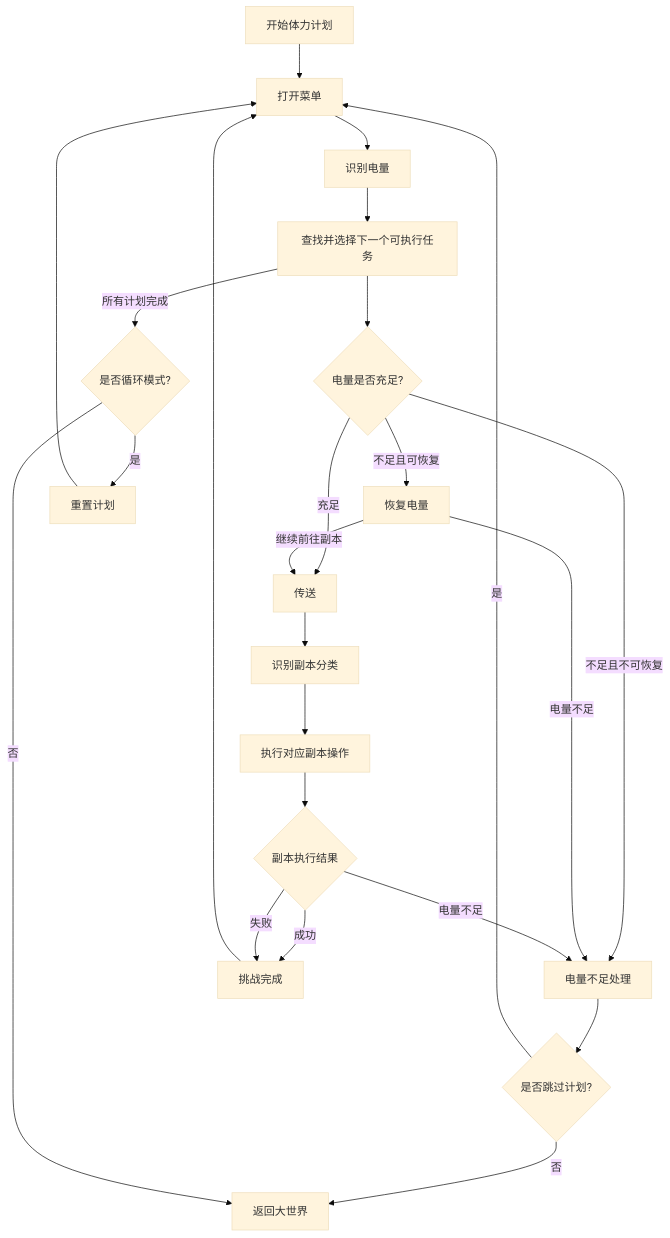
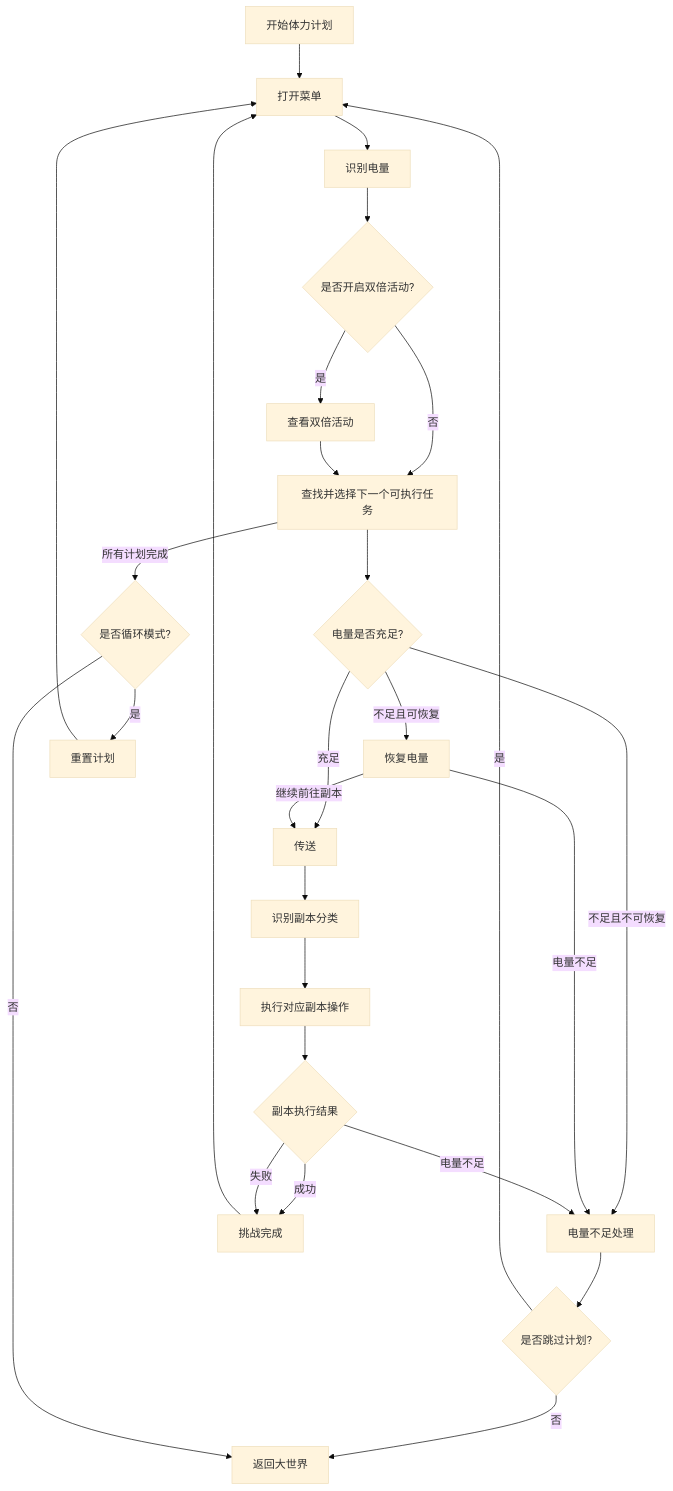
One commit to OneDragon-Anything/ZenlessZoneZero-OneDragon changed the diagram in docs/develop/zzz/application/charge_plan.md. Above: the diagram before and after it, drawn with Mermaid (base theme). The commit also changed other lines of this file, not shown here.

````diff
--- a/docs/develop/zzz/application/charge_plan.md
+++ b/docs/develop/zzz/application/charge_plan.md
@@ -181,25 +189,28 @@
 ```mermaid
 graph TD
     A["开始体力计划"] --> B["打开菜单"]
     B --> C["识别电量"]
-    C --> D["查找并选择下一个可执行任务"]
+    C --> C1{"是否开启双倍活动?"}
+    C1 -->|是| C2["查看双倍活动"]
+    C1 -->|否| D["查找并选择下一个可执行任务"]
+    C2 --> D
     D --> E{"电量是否充足?"}
     E -->|不足且可恢复| F["恢复电量"]
     E -->|不足且不可恢复| G["电量不足处理"]
     E -->|充足| H["传送"]
     F -->|继续前往副本| H
     F -->|电量不足| G
     G --> I{"是否跳过计划?"}
     I -->|是| B
     I -->|否| J["返回大世界"]
     H --> K["识别副本分类"]
     K --> L["执行对应副本操作"]
     L --> M{"副本执行结果"}
     M -->|成功| N["挑战完成"]
     M -->|电量不足| G
     M -->|失败| N
     N --> B
     D -->|所有计划完成| O{"是否循环模式?"}
     O -->|是| P["重置计划"] --> B
     O -->|否| J
 ```
````
